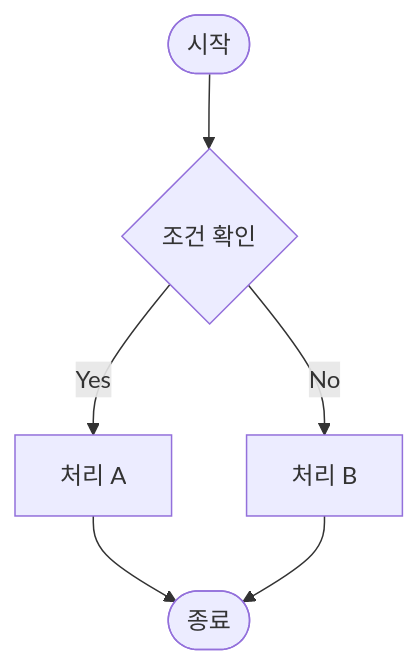
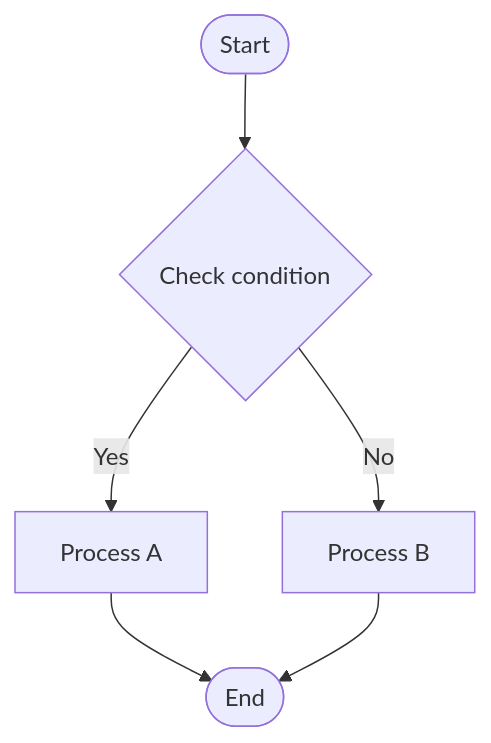
The second of 3 diagrams in skills/spec/references/diagram-selection.md (toongri/oh-my-toong-playground), drawn with Mermaid before and after one commit. The commit also changed other lines of this file, not shown here.

Commit message:
refactor: 다이어그램 선택 가이드 영어 전환

````diff
--- a/skills/spec/references/diagram-selection.md
+++ b/skills/spec/references/diagram-selection.md
@@ -104,8 +104,8 @@
 ```mermaid
 flowchart TD
-    A([시작]) --> B{조건 확인}
-    B -->|Yes| C[처리 A]
-    B -->|No| D[처리 B]
-    C --> E([종료])
+    A([Start]) --> B{Check condition}
+    B -->|Yes| C[Process A]
+    B -->|No| D[Process B]
+    C --> E([End])
     D --> E
 ```
````
